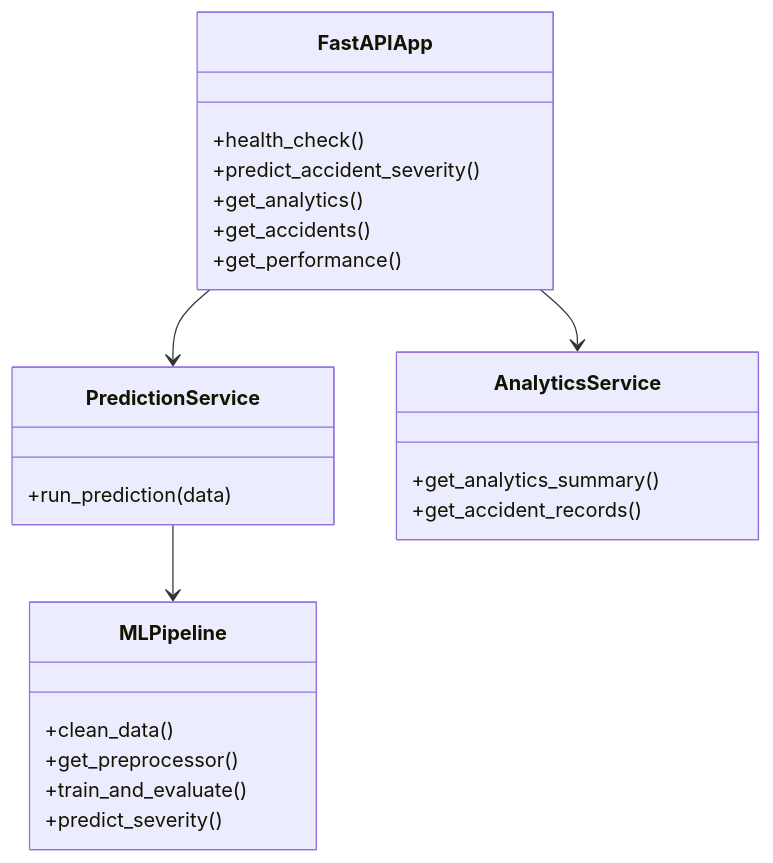
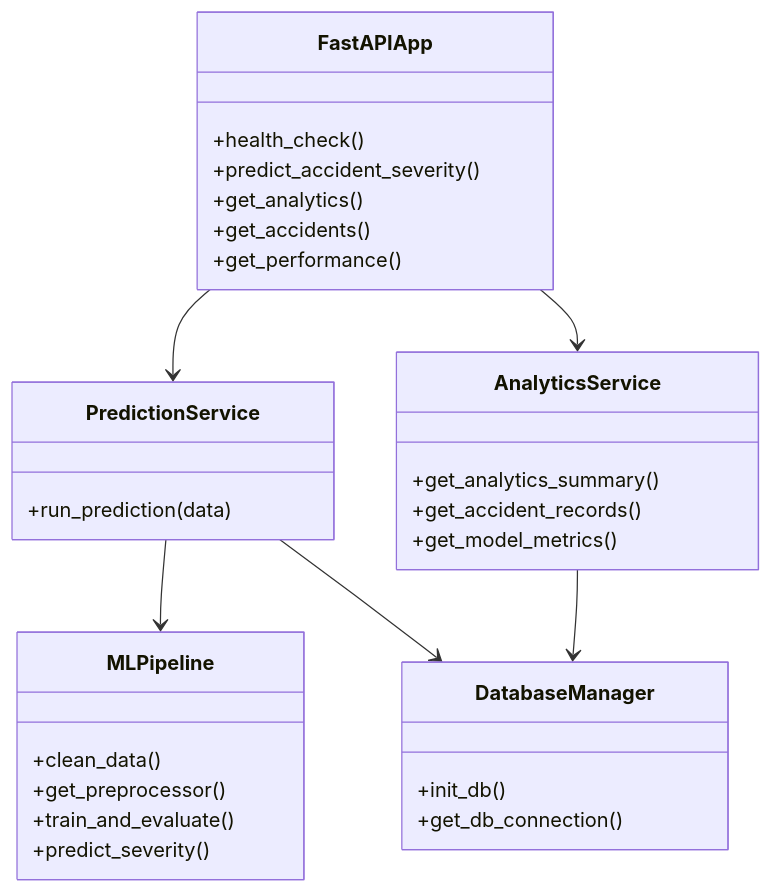
The fifth of 6 diagrams in docs/academic_report.md (Ayankkk29/SafeRoute-AI), drawn with Mermaid before and after one commit. The commit also changed other lines of this file and 6 other files, not shown here.

````diff
--- a/docs/academic_report.md
+++ b/docs/academic_report.md
@@ -133,26 +228,38 @@
 ```mermaid
 classDiagram
     class FastAPIApp {
         +health_check()
         +predict_accident_severity()
         +get_analytics()
         +get_accidents()
         +get_performance()
     }
+
     class PredictionService {
         +run_prediction(data)
     }
+
     class AnalyticsService {
         +get_analytics_summary()
         +get_accident_records()
+        +get_model_metrics()
     }
+
     class MLPipeline {
         +clean_data()
         +get_preprocessor()
         +train_and_evaluate()
         +predict_severity()
     }
+
+    class DatabaseManager {
+        +init_db()
+        +get_db_connection()
+    }
+
     FastAPIApp --> PredictionService
     FastAPIApp --> AnalyticsService
     PredictionService --> MLPipeline
+    PredictionService --> DatabaseManager
+    AnalyticsService --> DatabaseManager
 ```
````
